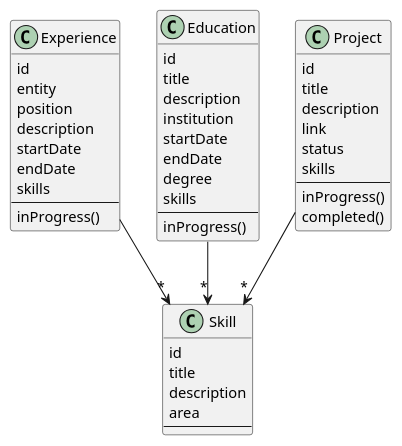
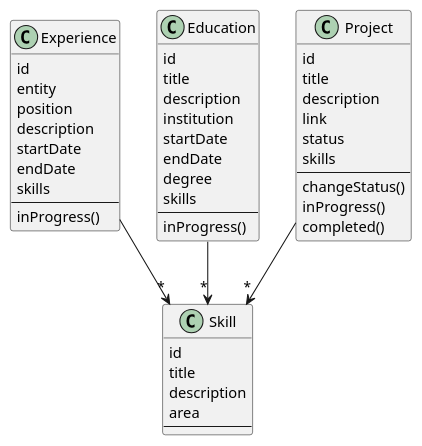
The diagram in backend/documentation/classDiagram.puml (santiparis/curriculum-vitae), drawn with PlantUML before and after one commit. The commit also changed 1 other file, not shown here.

Commit message:
fix: Documentation (Class Diagram)

```diff
--- a/backend/documentation/classDiagram.puml
+++ b/backend/documentation/classDiagram.puml
@@ -1,50 +1,51 @@
 @startuml
 class Experience {
     id
     entity
     position
     description
     startDate
     endDate
     skills
     ---
     inProgress()
 }
 
 class Education {
     id
     title
     description
     institution
     startDate
     endDate
     degree
     skills
     ---
     inProgress()
 }
 
 class Project {
     id
     title
     description
     link
     status
     skills
     ---
+    changeStatus()
     inProgress()
     completed()
 }
 
 class Skill {
     id
     title
     description
     area
     ---
 }
 
 Experience --> "*" Skill
 Education --> "*" Skill
 Project --> "*" Skill
 @enduml
```
